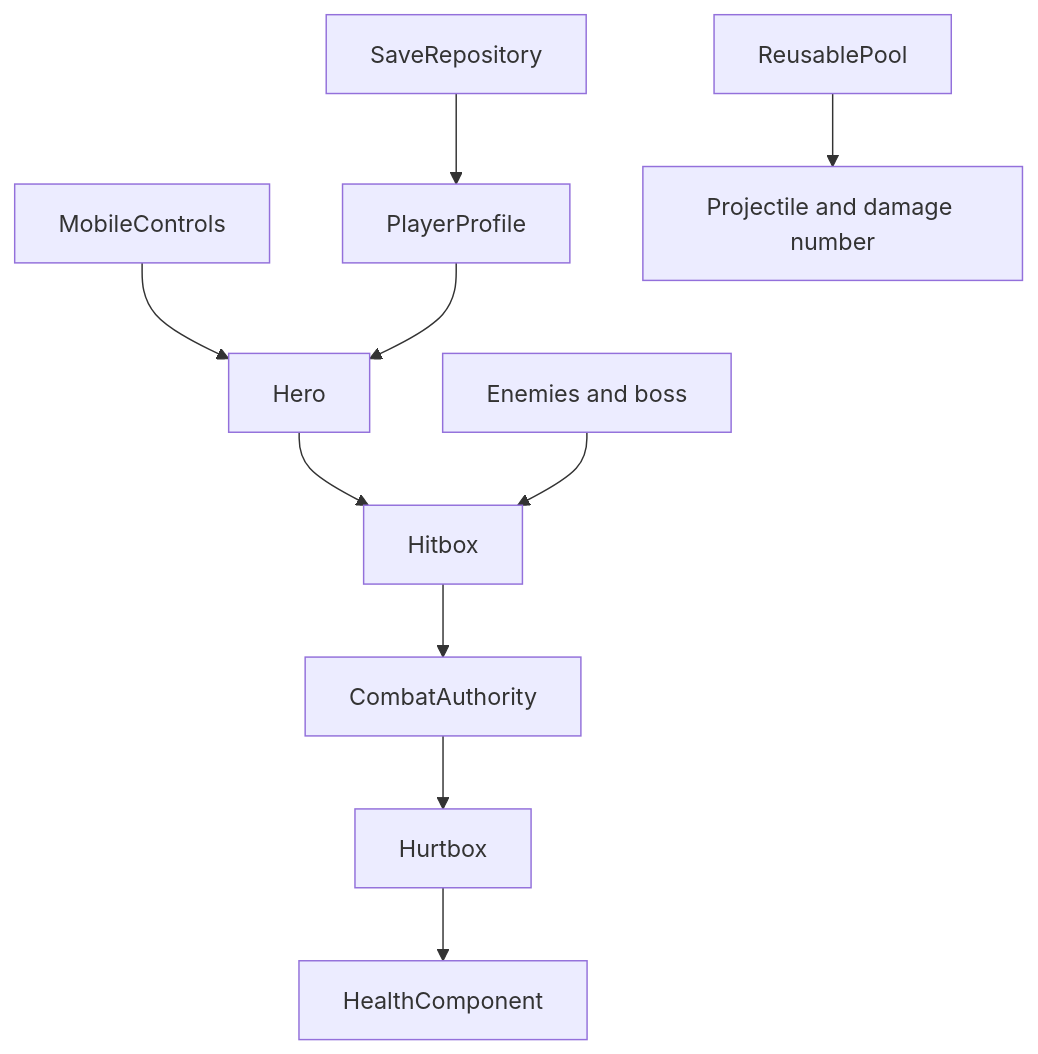
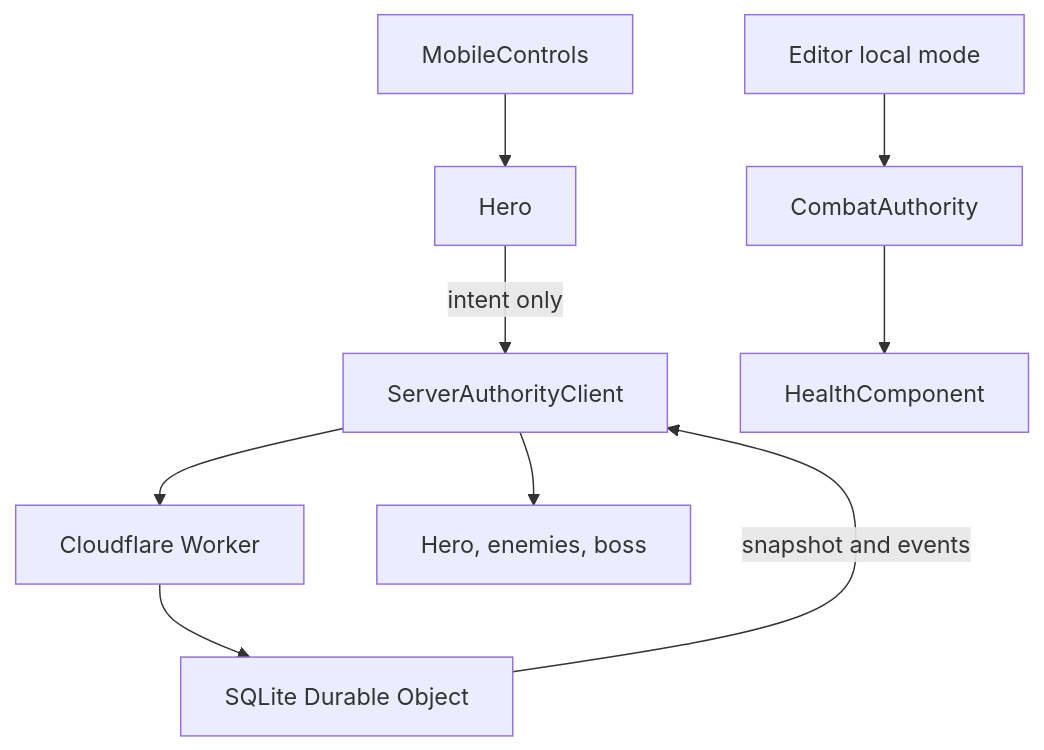
One commit to QuachGia1994/ShadowRift changed the diagram in docs/arch/game-architecture.md. Above: the diagram before and after it, drawn with Mermaid. The commit also changed other lines of this file and 19 other files, not shown here.

````diff
--- a/docs/arch/game-architecture.md
+++ b/docs/arch/game-architecture.md
@@ -5,12 +5,11 @@
 ```mermaid
 flowchart TD
     Input[MobileControls] --> Hero
-    Hero --> Hitbox
-    Enemy[Enemies and boss] --> Hitbox
-    Hitbox --> Combat[CombatAuthority]
-    Combat --> Hurtbox
-    Hurtbox --> Health[HealthComponent]
-    Profile[PlayerProfile] --> Hero
-    Save[SaveRepository] --> Profile
-    Pools[ReusablePool] --> Effects[Projectile and damage number]
+    Hero -->|intent only| Client[ServerAuthorityClient]
+    Client --> Worker[Cloudflare Worker]
+    Worker --> Session[SQLite Durable Object]
+    Session -->|snapshot and events| Client
+    Client --> Actors[Hero, enemies, boss]
+    Debug[Editor local mode] --> Combat[CombatAuthority]
+    Combat --> Health[HealthComponent]
 ```
````
